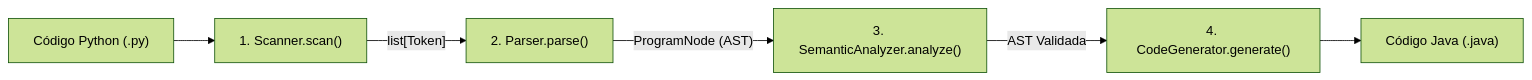
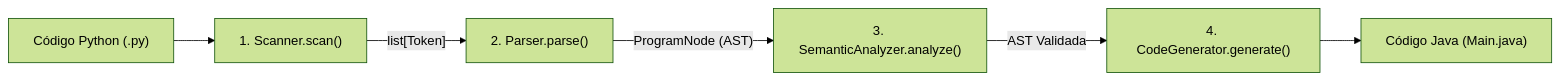
One commit to code-silva/COMPILADORES-EQUIPE-03 changed the first of 2 diagrams in docs/usage.md. Above: the diagram before and after it, drawn with Mermaid (forest theme). The commit also changed other lines of this file and 17 other files, not shown here.

````diff
--- a/docs/usage.md
+++ b/docs/usage.md
@@ -11,8 +16,8 @@
 ```mermaid
 flowchart LR
     Py["Código Python (.py)"] --> L["1. Scanner.scan()"]
     L -- "list[Token]" --> P["2. Parser.parse()"]
     P -- "ProgramNode (AST)" --> S["3. SemanticAnalyzer.analyze()"]
     S -- "AST Validada" --> C["4. CodeGenerator.generate()"]
-    C --> Java["Código Java (.java)"]
+    C --> Java["Código Java (Main.java)"]
 ```
````
